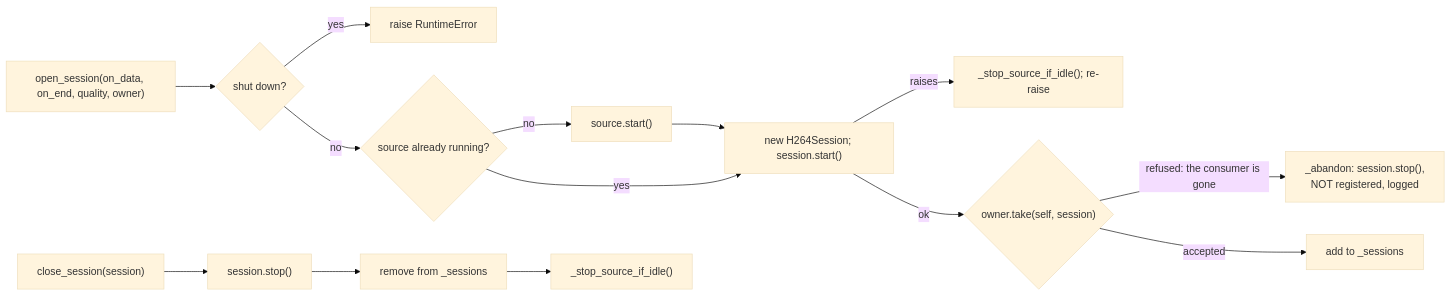
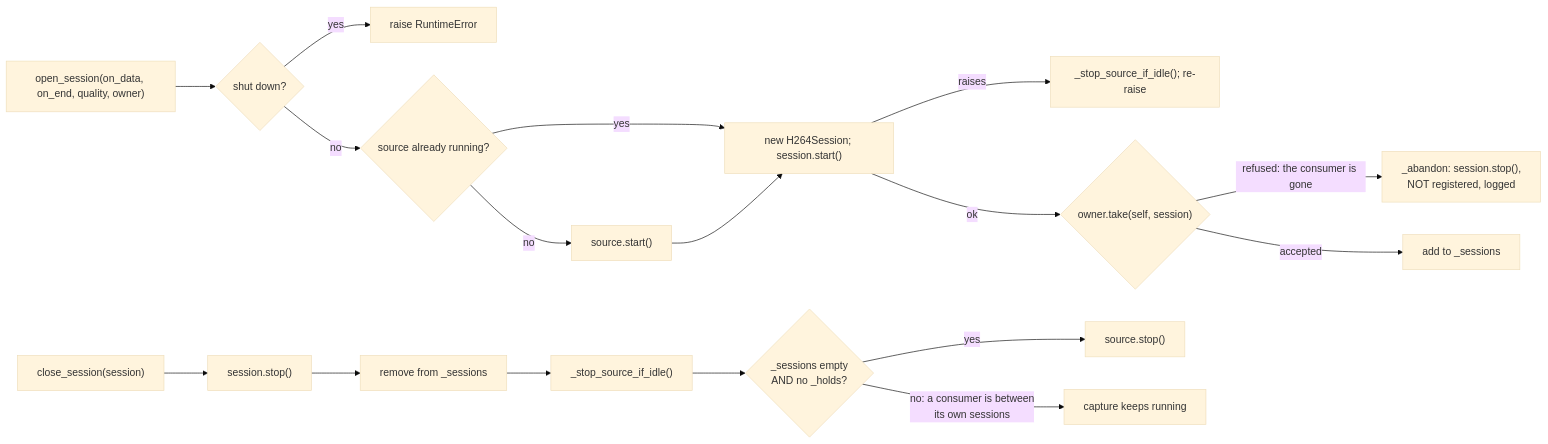
One commit to UVuruna/Remote-User changed the second of 3 diagrams in server/__flow/h264_streamer.md. Above: the diagram before and after it, drawn with Mermaid (base theme). The commit also changed other lines of this file and 11 other files, not shown here.

Commit message:
0.0.399 Changing the bitrate can no longer kill the app — the reset holds capture, a failed re-open retries instead of closing the socket

````diff
--- a/server/__flow/h264_streamer.md
+++ b/server/__flow/h264_streamer.md
@@ -80,18 +80,23 @@
 ```mermaid
 flowchart LR
     A["open_session(on_data, on_end, quality, owner)"] --> A2{shut down?}
     A2 -- yes --> A3["raise RuntimeError"]
     A2 -- no --> B{source already running?}
     B -- no --> C["source.start()"]
     B -- yes --> D
     C --> D["new H264Session; session.start()"]
     D -- raises --> E["_stop_source_if_idle(); re-raise"]
     D -- ok --> O{"owner.take(self, session)"}
     O -- refused: the consumer is gone --> P["_abandon: session.stop(),
     NOT registered, logged"]
     O -- accepted --> H["add to _sessions"]
 
     I["close_session(session)"] --> J["session.stop()"]
     J --> K["remove from _sessions"]
     K --> L["_stop_source_if_idle()"]
+    L --> M{"_sessions empty
+    AND no _holds?"}
+    M -- yes --> N["source.stop()"]
+    M -- "no: a consumer is between
+    its own sessions" --> Q["capture keeps running"]
 ```
````
